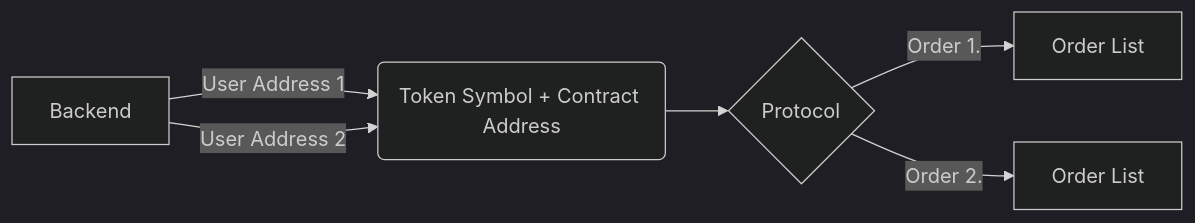
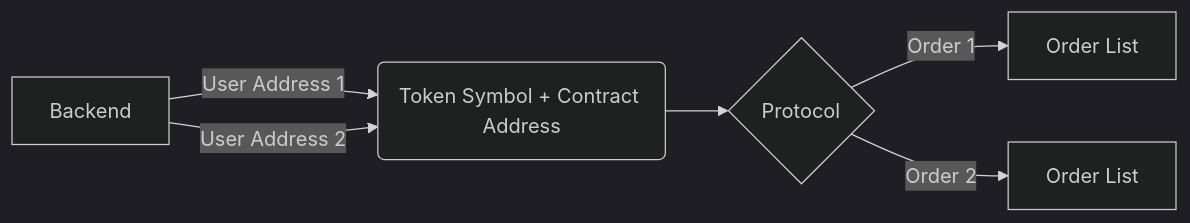
The first of 2 diagrams in orderbook-protocol.md (novaprotocolio/documentation), drawn with Mermaid (dark theme) before and after one commit. The commit also changed 4 other files, not shown here.

Commit message:
update style for mermaid

````diff
--- a/orderbook-protocol.md
+++ b/orderbook-protocol.md
@@ -7,8 +7,8 @@
 ```mermaid
 graph LR
     A[Backend] -->|User Address 1| B(Token Symbol + Contract Address)
     A[Backend] -->|User Address 2| B
     B --> C{Protocol}
-    C -->|Order 1.| D[Order List]
-    C -->|Order 2.| E[Order List]
+    C -->|Order 1| D[Order List]
+    C -->|Order 2| E[Order List]
 ```
````
